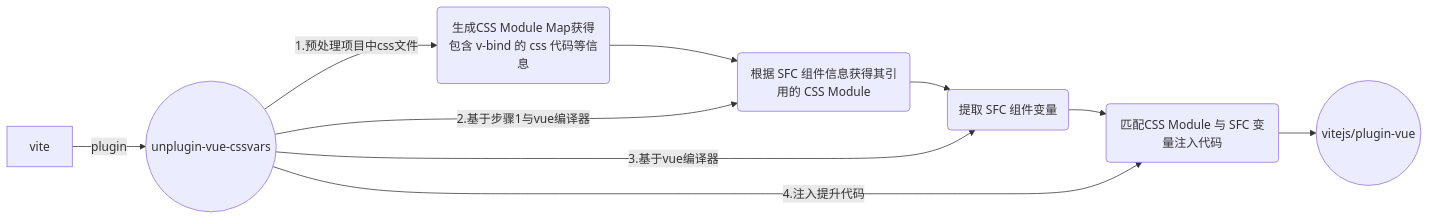
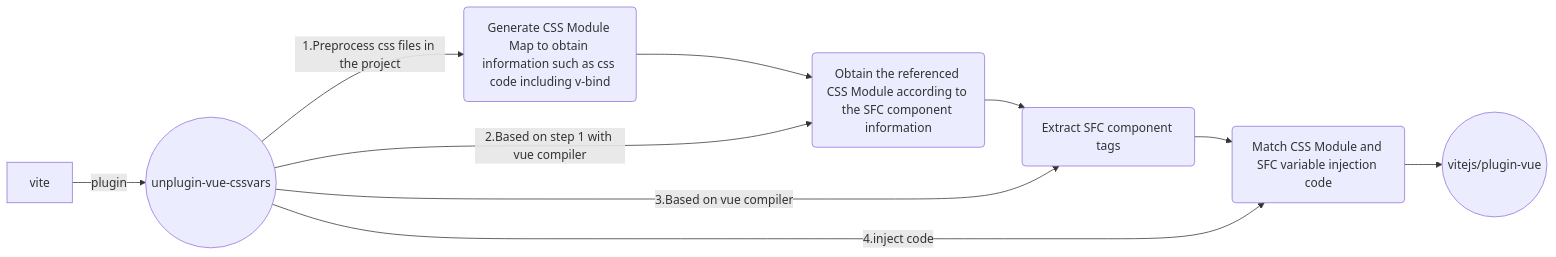
Before and after one commit to unplugin/unplugin-vue-cssvars: the diagram in README.md, drawn with Mermaid. The commit also changed other lines of this file, not shown here.

````diff
--- a/README.md
+++ b/README.md
@@ -15,12 +15,12 @@
 ```mermaid
 graph LR  
 A[vite] -- plugin --> B((unplugin-vue-cssvars))
-B -- 1.预处理项目中css文件 --> C(生成CSS Module Map获得包含 v-bind 的 css 代码等信息)  
+B -- 1.Preprocess css files in the project --> C(Generate CSS Module Map to obtain information such as css code including v-bind)  
 C --> D
-B -- 2.基于步骤1与vue编译器 --> D(根据 SFC 组件信息获得其引用的 CSS Module)
+B -- 2.Based on step 1 with vue compiler --> D(Obtain the referenced CSS Module according to the SFC component information)
 D --> E
-B -- 3.基于vue编译器 --> E(提取 SFC 组件变量)
+B -- 3.Based on vue compiler --> E(Extract SFC component tags)
 E --> F
-B -- 4.注入提升代码 --> F(匹配CSS Module 与 SFC 变量注入代码)
+B -- 4.inject code --> F(Match CSS Module and SFC variable injection code)
 F --> G((vitejs/plugin-vue))
 ```
````
